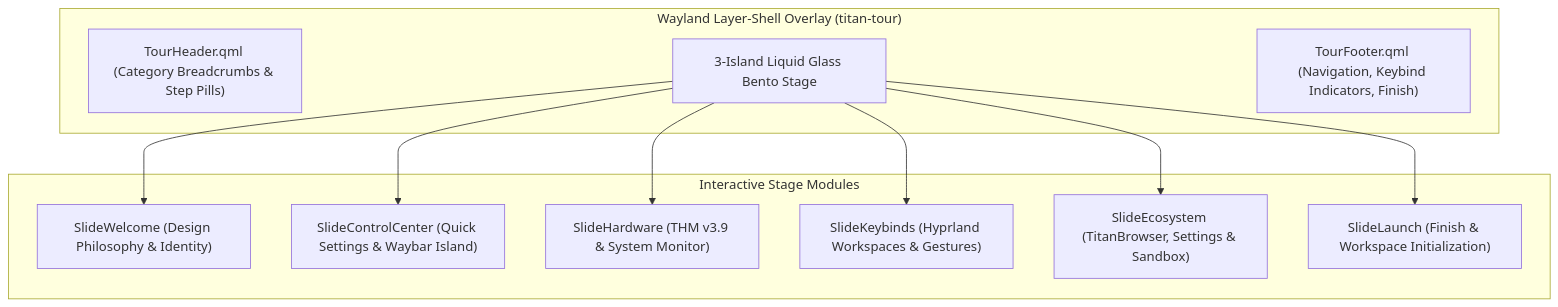
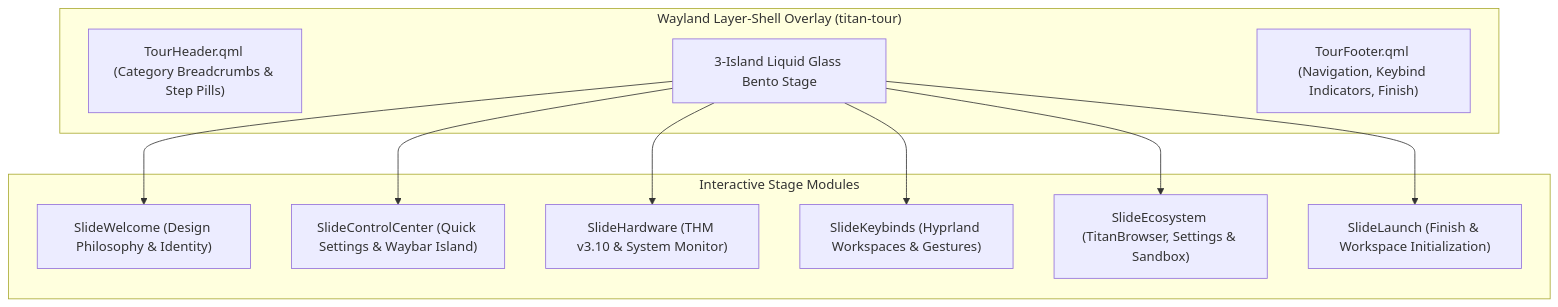
One commit to GitGuru29/ArchTitan-OS changed the diagram in wiki/Titan-Tour.md. Above: the diagram before and after it, drawn with Mermaid. The commit also changed other lines of this file and 17 other files, not shown here.

Commit message:
feat(thm-v3.10): add workload dependency graph

````diff
--- a/wiki/Titan-Tour.md
+++ b/wiki/Titan-Tour.md
@@ -9,24 +9,24 @@
 ```mermaid
 graph TD
     subgraph LayerShell["Wayland Layer-Shell Overlay (titan-tour)"]
         HDR["TourHeader.qml (Category Breadcrumbs & Step Pills)"]
         STAGE["3-Island Liquid Glass Bento Stage"]
         FTR["TourFooter.qml (Navigation, Keybind Indicators, Finish)"]
     end
 
     subgraph Slides["Interactive Stage Modules"]
         S1["SlideWelcome (Design Philosophy & Identity)"]
         S2["SlideControlCenter (Quick Settings & Waybar Island)"]
-        S3["SlideHardware (THM v3.9 & System Monitor)"]
+        S3["SlideHardware (THM v3.10 & System Monitor)"]
         S4["SlideKeybinds (Hyprland Workspaces & Gestures)"]
         S5["SlideEcosystem (TitanBrowser, Settings & Sandbox)"]
         S6["SlideLaunch (Finish & Workspace Initialization)"]
     end
 
     STAGE --> S1
     STAGE --> S2
     STAGE --> S3
     STAGE --> S4
     STAGE --> S5
     STAGE --> S6
 ```
````
